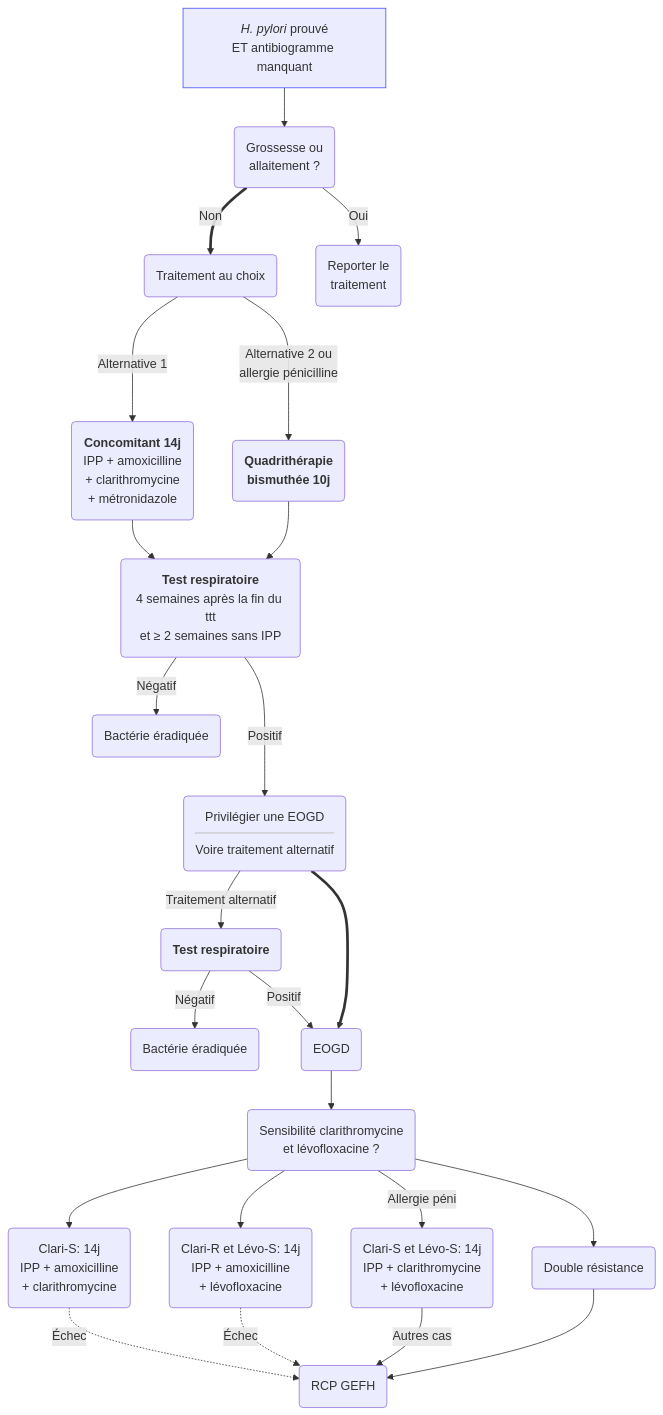
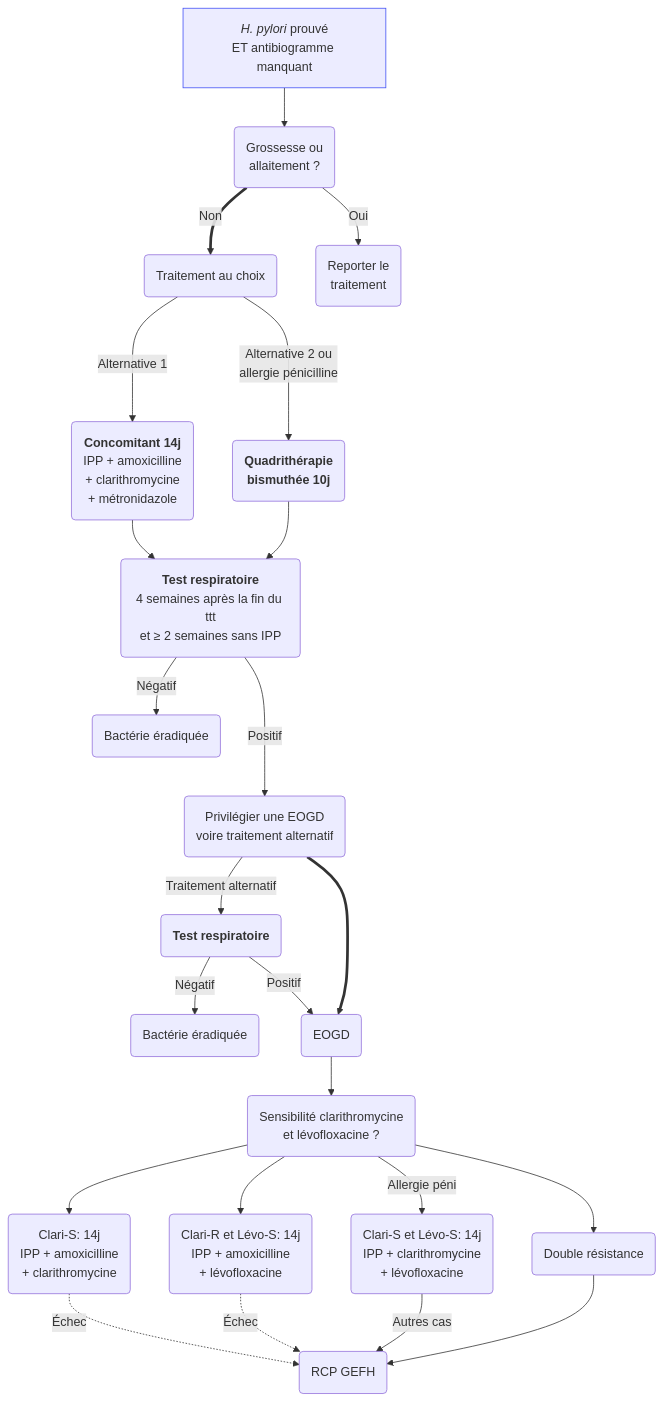
The second of 2 diagrams in content/recommandations/helicobacter-pylori.md (djibe/recommandations-medicales), drawn with Mermaid before and after one commit. The commit also changed other lines of this file and 51 other files, not shown here.

```diff
--- a/content/recommandations/helicobacter-pylori.md
+++ b/content/recommandations/helicobacter-pylori.md
@@ -455,26 +455,26 @@
 {{< mermaid title="Prise en charge de l'infection à Helicobacter pylori sans antibiogramme. Dr JB Fron d'après GEFH 2021" >}}
 graph TB
 accTitle: Prise en charge de l'infection à Helicobacter pylori sans antibiogramme
   probabiliste["<em>H. pylori</em> prouvé<br>ET antibiogramme manquant"] --> grossesse(Grossesse ou<br>allaitement ?)
   style probabiliste stroke:#4150f5, stroke-width:1px
     grossesse == Non ==> choix(Traitement au choix)
       choix -- Alternative 1 ---> concomitant("<b>Concomitant 14j</b><br>IPP + amoxicilline<br>+ clarithromycine<br>+ métronidazole")
       concomitant --> controle("<b>Test respiratoire</b><br>4 semaines après la fin du ttt<br>et ≥ 2 semaines sans IPP")
       choix -- "Alternative 2 ou<br>allergie pénicilline" --> bismuth("<b>Quadrithérapie<br>bismuthée 10j</b>")
         bismuth --> controle
           controle -- Négatif --> ok(Bactérie éradiquée)
-          controle -- Positif ---> switch(Privilégier une EOGD<hr>Voire traitement alternatif)
+          controle -- Positif ---> switch(Privilégier une EOGD<br>voire traitement alternatif)
             switch -- Traitement alternatif --> surv("<b>Test respiratoire</b>")
               surv -- Négatif --> ok2(Bactérie éradiquée)
               surv -- Positif --> EOGD(EOGD)
             switch ==> EOGD --> seClaLevo(Sensibilité clarithromycine<br>et lévofloxacine ?)
               seClaLevo --> ClariS(Clari-S: 14j<br>IPP + amoxicilline<br>+ clarithromycine)
                 ClariS -. Échec .-> RCP
               seClaLevo --> ClariRLevoS(Clari-R et Lévo-S: 14j<br>IPP + amoxicilline<br>+ lévofloxacine)
                 ClariRLevoS -. Échec .-> RCP
               seClaLevo --> ClariRLevoR(Double résistance)
               seClaLevo -- Allergie péni --> allergie(Clari-S et Lévo-S: 14j<br>IPP + clarithromycine<br>+ lévofloxacine)
                 allergie -- Autres cas --> RCP
                 ClariRLevoR --> RCP(RCP GEFH)
     grossesse -- Oui --> reporter("Reporter le<br>traitement")
 {{< /mermaid >}}
```
